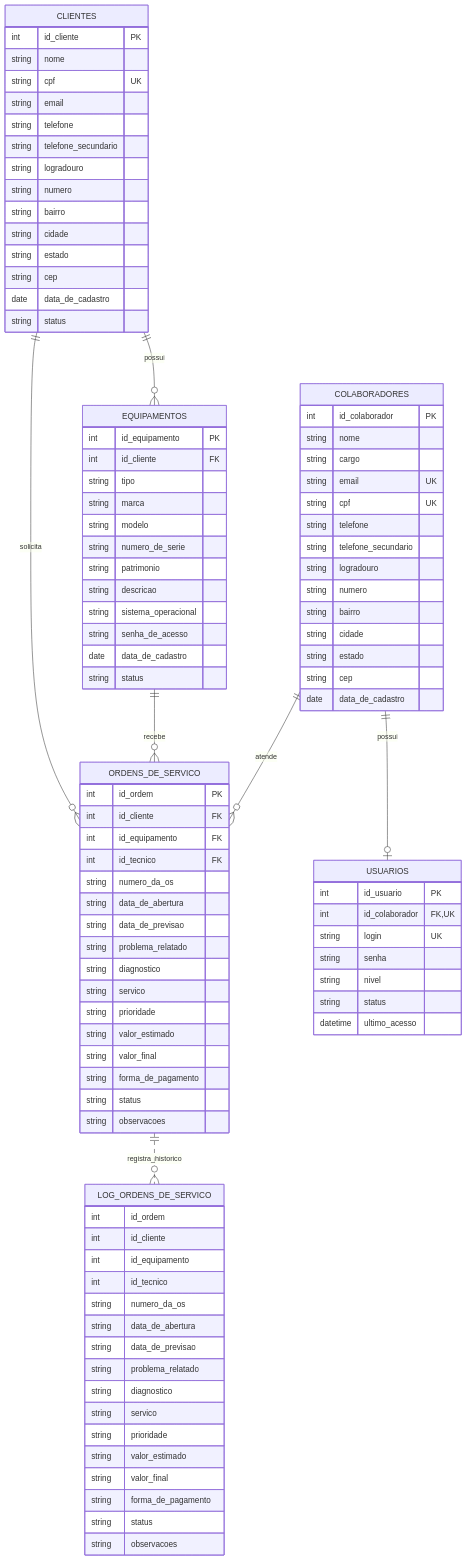
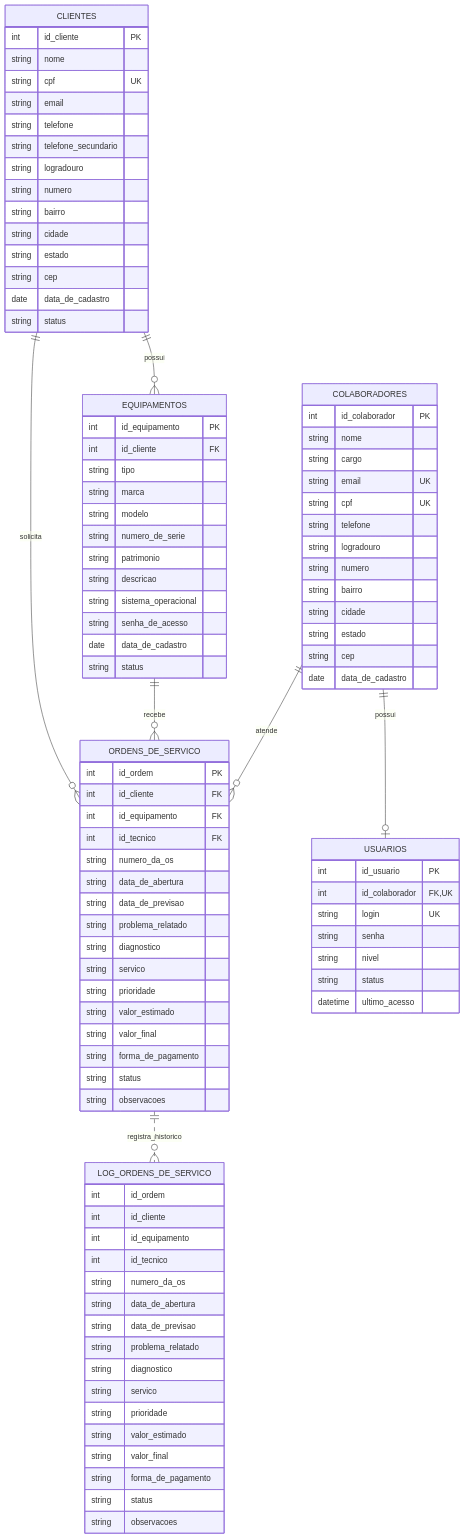
Before and after one commit to brunolucas2/AssistTec: the second of 2 diagrams in docs/database_mermaid.md, drawn with Mermaid. The commit also changed 2 other files, not shown here.

Commit message:
modelo fisico do banco de dados finalizado

```diff
--- a/docs/database_mermaid.md
+++ b/docs/database_mermaid.md
@@ -60,7 +60,6 @@
         string email UK
         string cpf UK
         string telefone
-        string telefone_secundario
         string logradouro
         string numero
         string bairro
```
